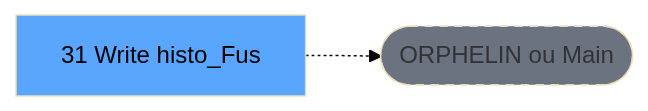
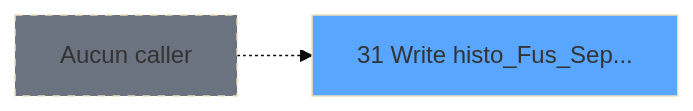
One commit to thonyAGP/lecteur-magic changed the second of 3 diagrams in .openspec/specs/ADH-IDE-31.md. Above: the diagram before and after it, drawn with Mermaid (base theme). The commit also changed other lines of this file and 96 other files, not shown here.

````diff
--- a/.openspec/specs/ADH-IDE-31.md
+++ b/.openspec/specs/ADH-IDE-31.md
@@ -117,8 +154,8 @@
 ```mermaid
 graph LR
-    T[31 Write histo_Fus]
-    ORPHAN([ORPHELIN ou Main])
-    T -.-> ORPHAN
-    style T fill:#58a6ff,color:#000
-    style ORPHAN fill:#6b7280,stroke-dasharray: 5 5
+    T31[31 Write histo_Fus_Sep...]
+    style T31 fill:#58a6ff
+    NONE[Aucun caller]
+    NONE -.-> T31
+    style NONE fill:#6b7280,stroke-dasharray: 5 5
 ```
````
